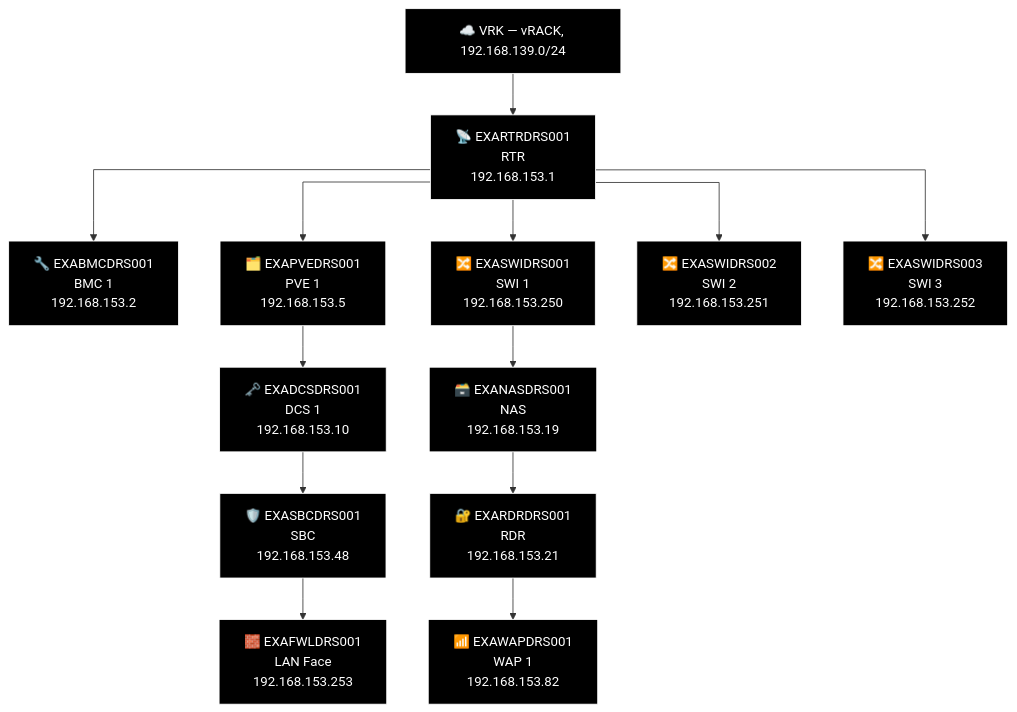
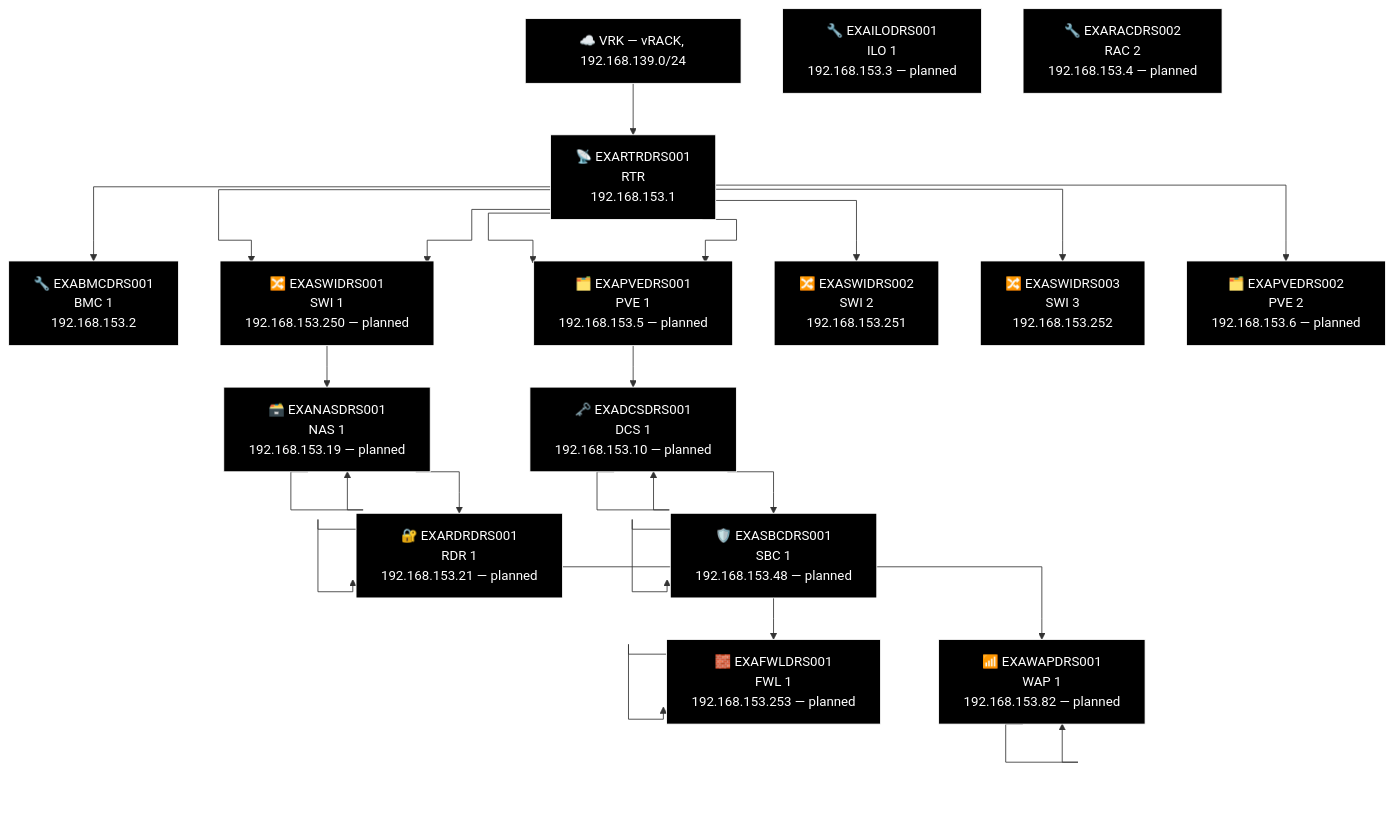
Before and after one commit to knightmare2600/example_music_infra: diagram 11 of 13 in docs/network-diagram/deutschland.md, drawn with Mermaid. The commit also changed other lines of this file and 10 other files, not shown here.

````diff
--- a/docs/network-diagram/deutschland.md
+++ b/docs/network-diagram/deutschland.md
@@ -421,40 +421,65 @@
 ```mermaid
 %% GENERATED:TOPOLOGY:DRS:START
 %%{init: {'flowchart': {'curve': 'stepAfter'}}}%%
 graph TD
     T_VRK["☁️ VRK — vRACK, 192.168.139.0/24"]
     T_RTR["📡 EXARTRDRS001<br/>RTR<br/>192.168.153.1"]
     T_VRK --> T_RTR
     T_BMC["🔧 EXABMCDRS001<br/>BMC 1<br/>192.168.153.2"]
     T_RTR --> T_BMC
     T_PVE["🗂️ EXAPVEDRS001<br/>PVE 1<br/>192.168.153.5"]
     T_RTR --> T_PVE
     T_SWI["🔀 EXASWIDRS001<br/>SWI 1<br/>192.168.153.250"]
     T_RTR --> T_SWI
     T_SWI2["🔀 EXASWIDRS002<br/>SWI 2<br/>192.168.153.251"]
     T_RTR --> T_SWI2
     T_SWI3["🔀 EXASWIDRS003<br/>SWI 3<br/>192.168.153.252"]
     T_RTR --> T_SWI3
+    T_SWI["🔀 EXASWIDRS001<br/>SWI 1<br/>192.168.153.250 — planned"]
+    T_RTR --> T_SWI
+    T_PVE["🗂️ EXAPVEDRS001<br/>PVE 1<br/>192.168.153.5 — planned"]
+    T_RTR --> T_PVE
+    T_PVE2["🗂️ EXAPVEDRS002<br/>PVE 2<br/>192.168.153.6 — planned"]
+    T_RTR --> T_PVE2
     T_NAS["🗃️ EXANASDRS001<br/>NAS<br/>192.168.153.19"]
+    T_NAS["🗃️ EXANASDRS001<br/>NAS 1<br/>192.168.153.19 — planned"]
     T_RDR["🔐 EXARDRDRS001<br/>RDR<br/>192.168.153.21"]
+    T_RDR["🔐 EXARDRDRS001<br/>RDR 1<br/>192.168.153.21 — planned"]
     T_WAP["📶 EXAWAPDRS001<br/>WAP 1<br/>192.168.153.82"]
-    T_SWI --> T_NAS --> T_RDR --> T_WAP
+    T_WAP["📶 EXAWAPDRS001<br/>WAP 1<br/>192.168.153.82 — planned"]
+    T_SWI --> T_NAS --> T_NAS --> T_RDR --> T_RDR --> T_WAP --> T_WAP
     T_DCS["🗝️ EXADCSDRS001<br/>DCS 1<br/>192.168.153.10"]
+    T_DCS["🗝️ EXADCSDRS001<br/>DCS 1<br/>192.168.153.10 — planned"]
     T_SBC["🛡️ EXASBCDRS001<br/>SBC<br/>192.168.153.48"]
+    T_SBC["🛡️ EXASBCDRS001<br/>SBC 1<br/>192.168.153.48 — planned"]
     T_FWL["🧱 EXAFWLDRS001<br/>LAN Face<br/>192.168.153.253"]
-    T_PVE --> T_DCS --> T_SBC --> T_FWL
+    T_FWL["🧱 EXAFWLDRS001<br/>FWL 1<br/>192.168.153.253 — planned"]
+    T_PVE --> T_DCS --> T_DCS --> T_SBC --> T_SBC --> T_FWL --> T_FWL
+    T_ILO["🔧 EXAILODRS001<br/>ILO 1<br/>192.168.153.3 — planned"]
+    T_RAC["🔧 EXARACDRS002<br/>RAC 2<br/>192.168.153.4 — planned"]
     style T_VRK fill:#000000,stroke:#FFFFFF,color:#FFFFFF
     style T_RTR fill:#000000,stroke:#FFFFFF,color:#FFFFFF
     style T_BMC fill:#000000,stroke:#FFFFFF,color:#FFFFFF
     style T_PVE fill:#000000,stroke:#FFFFFF,color:#FFFFFF
     style T_SWI fill:#000000,stroke:#FFFFFF,color:#FFFFFF
     style T_SWI2 fill:#000000,stroke:#FFFFFF,color:#FFFFFF
     style T_SWI3 fill:#000000,stroke:#FFFFFF,color:#FFFFFF
+    style T_SWI fill:#000000,stroke:#FFFFFF,color:#FFFFFF
+    style T_PVE fill:#000000,stroke:#FFFFFF,color:#FFFFFF
+    style T_PVE2 fill:#000000,stroke:#FFFFFF,color:#FFFFFF
+    style T_NAS fill:#000000,stroke:#FFFFFF,color:#FFFFFF
     style T_NAS fill:#000000,stroke:#FFFFFF,color:#FFFFFF
     style T_RDR fill:#000000,stroke:#FFFFFF,color:#FFFFFF
+    style T_RDR fill:#000000,stroke:#FFFFFF,color:#FFFFFF
+    style T_WAP fill:#000000,stroke:#FFFFFF,color:#FFFFFF
     style T_WAP fill:#000000,stroke:#FFFFFF,color:#FFFFFF
     style T_DCS fill:#000000,stroke:#FFFFFF,color:#FFFFFF
+    style T_DCS fill:#000000,stroke:#FFFFFF,color:#FFFFFF
+    style T_SBC fill:#000000,stroke:#FFFFFF,color:#FFFFFF
     style T_SBC fill:#000000,stroke:#FFFFFF,color:#FFFFFF
     style T_FWL fill:#000000,stroke:#FFFFFF,color:#FFFFFF
+    style T_FWL fill:#000000,stroke:#FFFFFF,color:#FFFFFF
+    style T_ILO fill:#000000,stroke:#FFFFFF,color:#FFFFFF
+    style T_RAC fill:#000000,stroke:#FFFFFF,color:#FFFFFF
 %% GENERATED:TOPOLOGY:DRS:END
 ```
````
